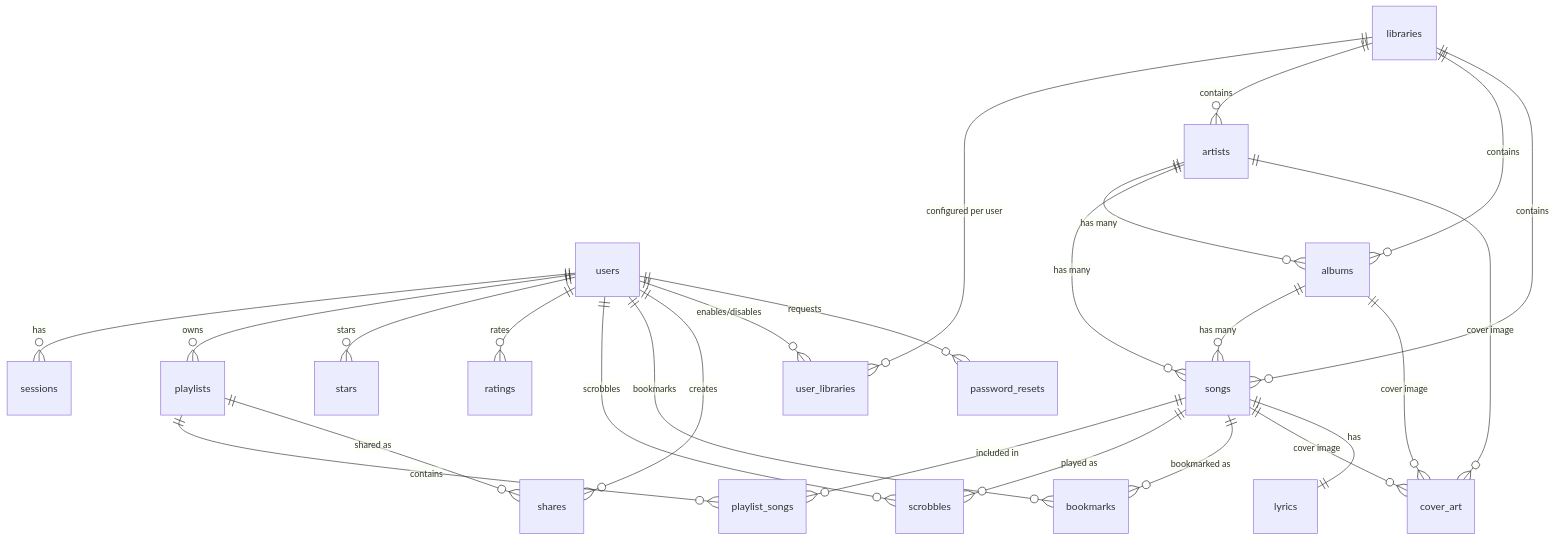
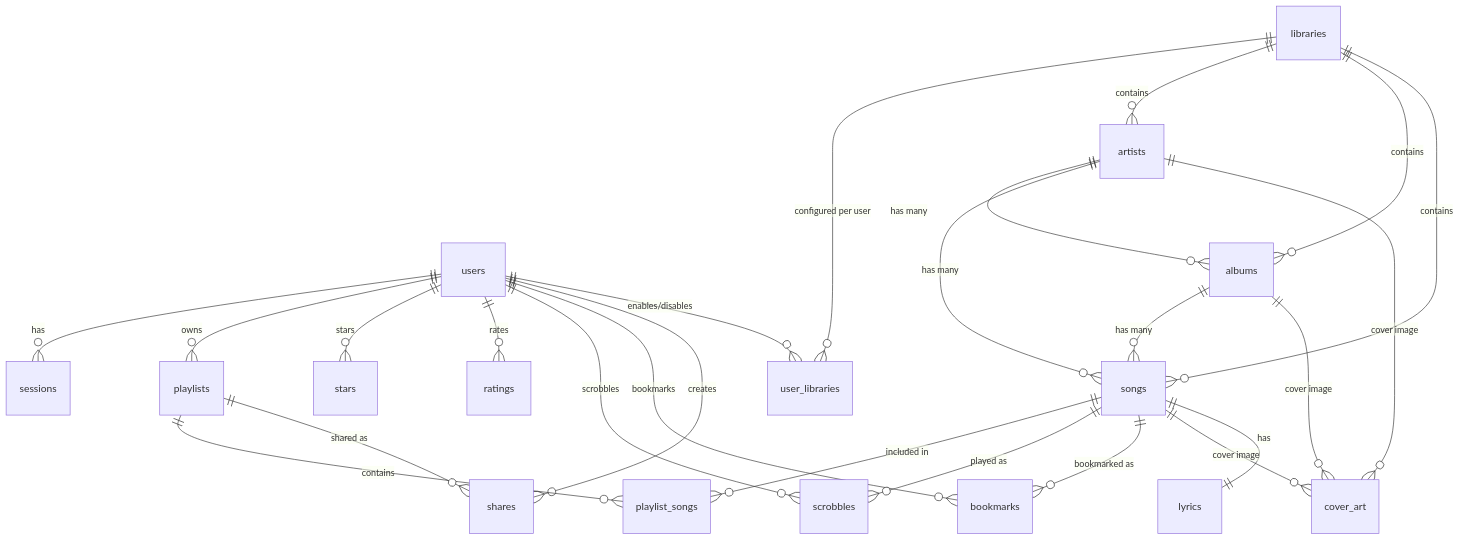
One commit to ReiAccept/moosic changed the diagram in docs/db/schema.md. Above: the diagram before and after it, drawn with Mermaid. The commit also changed other lines of this file and 6 other files, not shown here.

````diff
--- a/docs/db/schema.md
+++ b/docs/db/schema.md
@@ -15,34 +15,33 @@
 ```mermaid
 erDiagram
     users ||--o{ sessions : has
     users ||--o{ playlists : owns
     users ||--o{ stars : stars
     users ||--o{ ratings : rates
     users ||--o{ scrobbles : scrobbles
     users ||--o{ bookmarks : bookmarks
     users ||--o{ shares : creates
     users ||--o{ user_libraries : "enables/disables"
 
     libraries ||--o{ user_libraries : "configured per user"
     libraries ||--o{ artists : contains
     libraries ||--o{ albums : contains
     libraries ||--o{ songs : contains
 
     artists ||--o{ albums : "has many"
     artists ||--o{ songs : "has many"
     artists ||--o{ cover_art : "cover image"
 
     albums ||--o{ songs : "has many"
     albums ||--o{ cover_art : "cover image"
 
     songs ||--o{ playlist_songs : "included in"
     songs ||--o{ scrobbles : "played as"
     songs ||--o{ bookmarks : "bookmarked as"
     songs ||--o{ cover_art : "cover image"
     songs ||--|| lyrics : "has"
 
     playlists ||--o{ playlist_songs : contains
     playlists ||--o{ shares : "shared as"
 
-    users ||--o{ password_resets : "requests"
 ```
````
